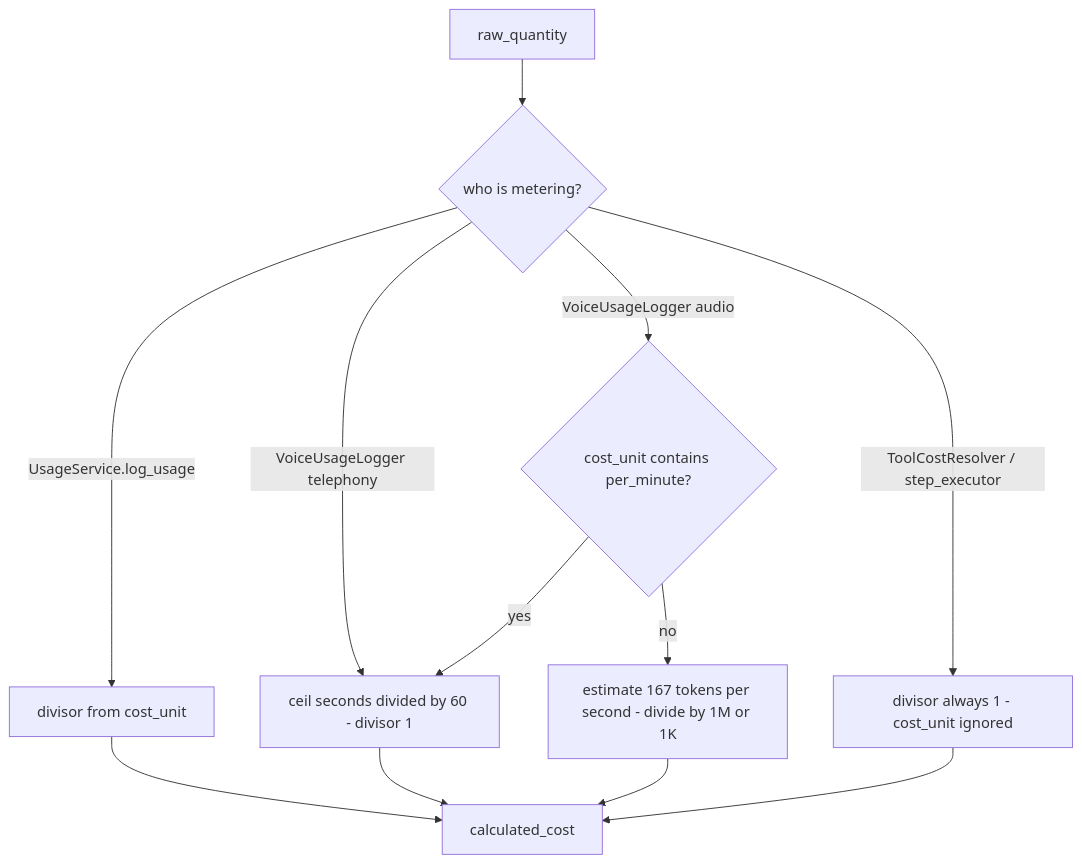
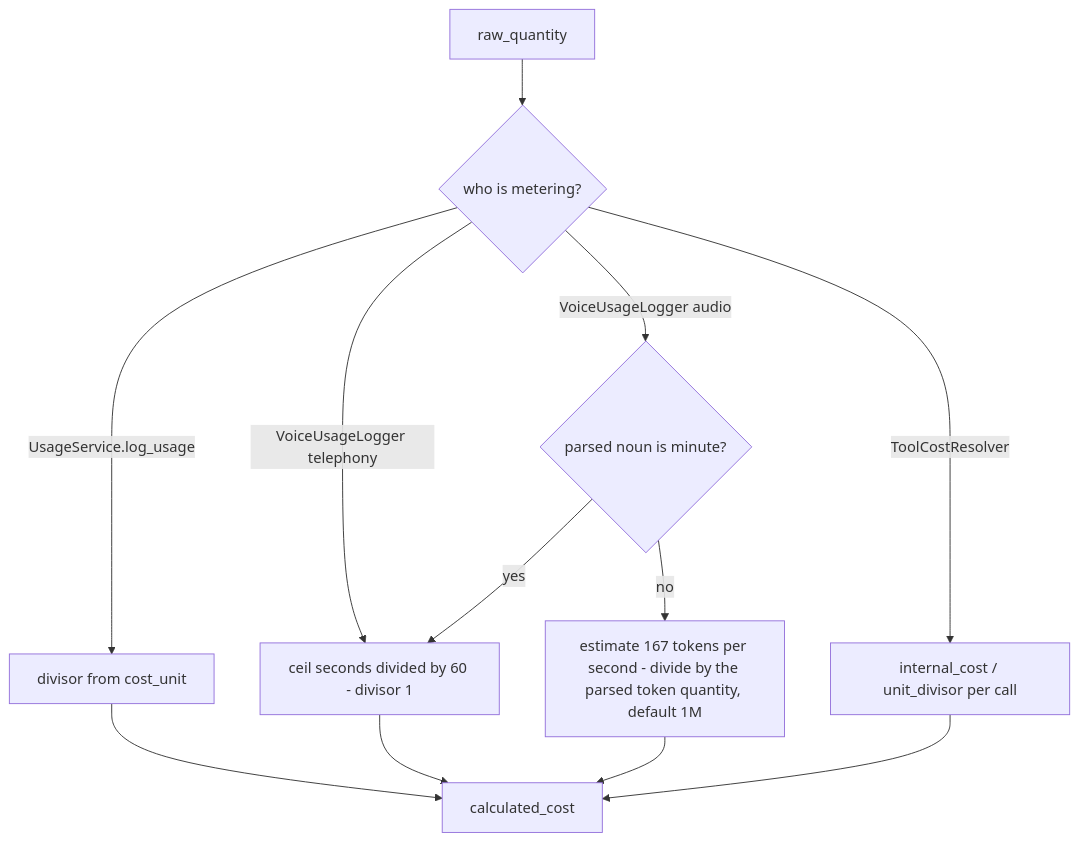
One commit to gondolerahul/hire-buddha-app changed the eighth of 25 diagrams in docs/current/14-billing-and-credits.md. Above: the diagram before and after it, drawn with Mermaid. The commit also changed other lines of this file and 7 other files, not shown here.

First line of the commit message:
fix(billing): cost_unit is parsed and validated, not substring-matched (LP-01)

````diff
--- a/docs/current/14-billing-and-credits.md
+++ b/docs/current/14-billing-and-credits.md
@@ -438,14 +438,14 @@
 ```mermaid
 flowchart TD
     A["raw_quantity"] --> B{"who is metering?"}
     B -->|"UsageService.log_usage"| C["divisor from cost_unit"]
     B -->|"VoiceUsageLogger telephony"| D["ceil seconds divided by 60 - divisor 1"]
-    B -->|"VoiceUsageLogger audio"| E{"cost_unit contains per_minute?"}
+    B -->|"VoiceUsageLogger audio"| E{"parsed noun is minute?"}
     E -->|yes| D
-    E -->|no| F["estimate 167 tokens per second - divide by 1M or 1K"]
-    B -->|"ToolCostResolver / step_executor"| G["divisor always 1 - cost_unit ignored"]
+    E -->|no| F["estimate 167 tokens per second - divide by the parsed token quantity, default 1M"]
+    B -->|"ToolCostResolver"| G["internal_cost / unit_divisor per call"]
     C --> H["calculated_cost"]
     D --> H
     F --> H
     G --> H
 ```
````
